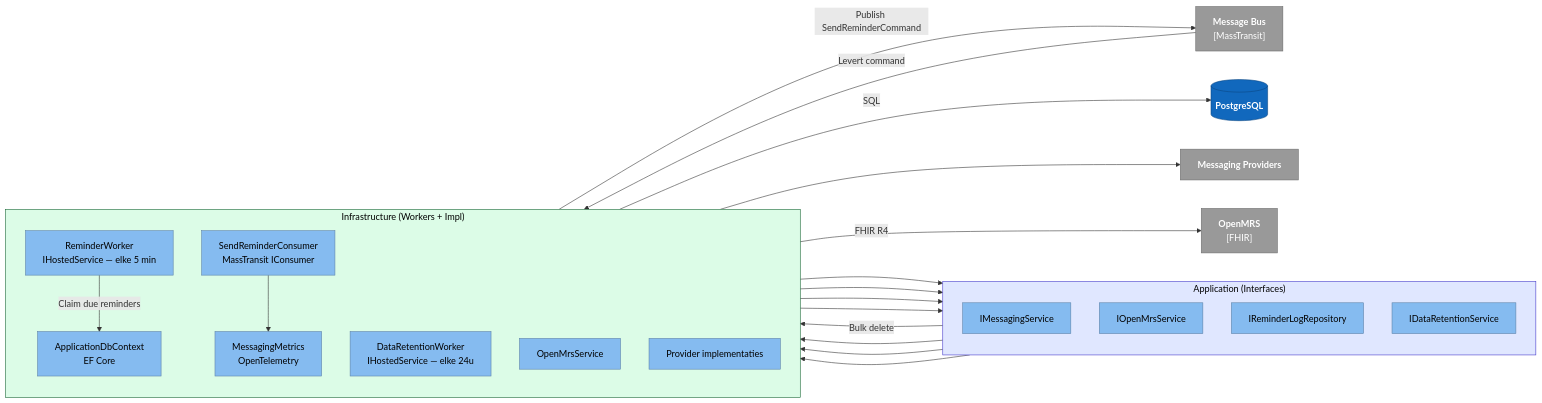
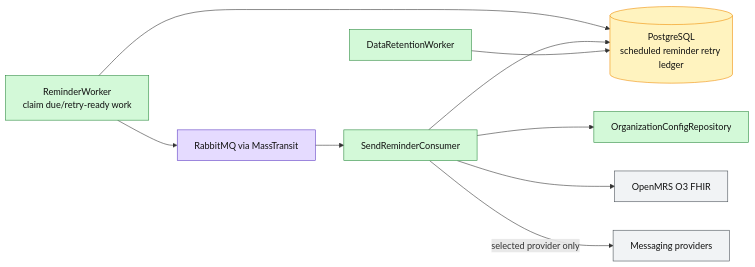
Before and after one commit to Rishyansyal/OpenMRSmoduleBackend: the second of 2 diagrams in docs/c4/03-components.md, drawn with Mermaid. The commit also changed other lines of this file and 160 other files, not shown here.

````diff
--- a/docs/c4/03-components.md
+++ b/docs/c4/03-components.md
@@ -79,54 +34,26 @@
 ```mermaid
 flowchart LR
-    classDef ext fill:#999999,stroke:#6b6b6b,color:#fff
-    classDef db fill:#1168bd,stroke:#0b4884,color:#fff
-    classDef component fill:#85bbf0,stroke:#5d82a8,color:#000
-    classDef layerApp fill:#e0e7ff,stroke:#4338ca,color:#000
-    classDef layerInfra fill:#dcfce7,stroke:#166534,color:#000
+    classDef api fill:#d0ebff,stroke:#1971c2,color:#111
+    classDef infra fill:#d3f9d8,stroke:#2b8a3e,color:#111
+    classDef queue fill:#e5dbff,stroke:#5f3dc4,color:#111
+    classDef db fill:#fff3bf,stroke:#f08c00,color:#111
+    classDef ext fill:#f1f3f5,stroke:#495057,color:#111
 
-    db[("<b>PostgreSQL</b>")]:::db
-    bus["<b>Message Bus</b><br/>[MassTransit]"]:::ext
-    openmrs["<b>OpenMRS</b><br/>[FHIR]"]:::ext
-    providers["<b>Messaging Providers</b>"]:::ext
+    pg[("PostgreSQL<br/>scheduled reminder retry ledger")]:::db
+    worker["ReminderWorker<br/>claim due/retry-ready work"]:::infra
+    rabbit["RabbitMQ via MassTransit"]:::queue
+    consumer["SendReminderConsumer"]:::infra
+    orgrepo["OrganizationConfigRepository"]:::infra
+    openmrs["OpenMRS O3 FHIR"]:::ext
+    providers["Messaging providers"]:::ext
+    retention["DataRetentionWorker"]:::infra
 
-    subgraph appLayer["Application (Interfaces)"]
-        direction TB
-        msgSvc["IMessagingService"]:::component
-        openMrsSvc["IOpenMrsService"]:::component
-        reminderLog["IReminderLogRepository"]:::component
-        retentionSvc["IDataRetentionService"]:::component
-    end
-
-    subgraph infraLayer["Infrastructure (Workers + Impl)"]
-        direction TB
-        reminderWorker["ReminderWorker<br/>IHostedService — elke 5 min"]:::component
-        consumer["SendReminderConsumer<br/>MassTransit IConsumer"]:::component
-        retentionWorker["DataRetentionWorker<br/>IHostedService — elke 24u"]:::component
-        metrics["MessagingMetrics<br/>OpenTelemetry"]:::component
-        efCtx["ApplicationDbContext<br/>EF Core"]:::component
-        openMrsImpl["OpenMrsService"]:::component
-        providers2["Provider implementaties"]:::component
-    end
-
-    class appLayer layerApp
-    class infraLayer layerInfra
-
-    reminderWorker -->|Claim due reminders| efCtx
-    reminderWorker -->|Publish SendReminderCommand| bus
-    bus -->|Levert command| consumer
-    consumer --> openMrsSvc
-    consumer --> msgSvc
-    consumer --> reminderLog
-    consumer --> metrics
-
-    retentionWorker --> retentionSvc
-    retentionSvc -->|Bulk delete| efCtx
-
-    msgSvc --> providers2
-    openMrsSvc --> openMrsImpl
-    reminderLog --> efCtx
-
-    efCtx -->|SQL| db
-    providers2 --> providers
-    openMrsImpl -->|FHIR R4| openmrs
+    worker --> pg
+    worker --> rabbit
+    rabbit --> consumer
+    consumer --> orgrepo
+    consumer --> openmrs
+    consumer -->|"selected provider only"| providers
+    consumer --> pg
+    retention --> pg
 ```
````
